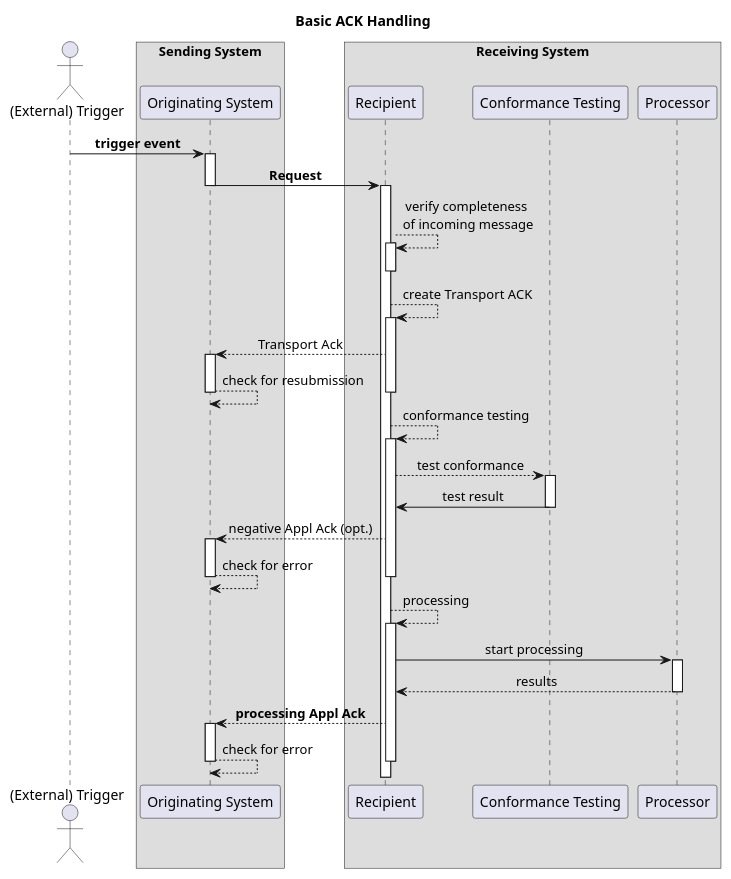
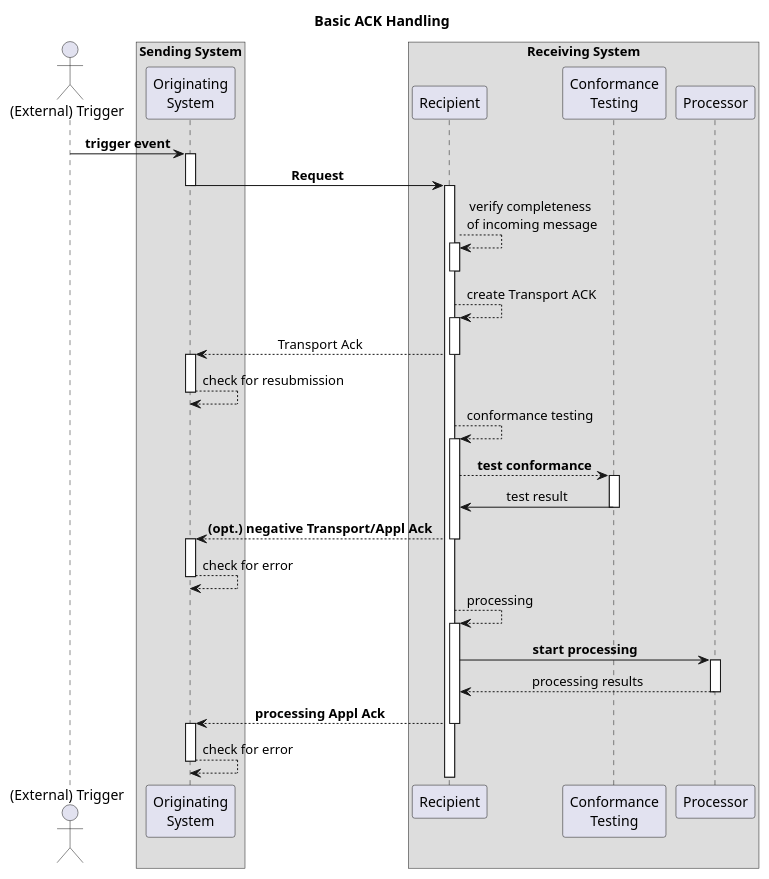
Before and after one commit to frankoemig/ack-ig: the diagram in input/images-source/Basic-ACK.plantuml, drawn with PlantUML. The commit also changed 6 other files, not shown here.

```diff
--- a/input/images-source/Basic-ACK.plantuml
+++ b/input/images-source/Basic-ACK.plantuml
@@ -1,59 +1,59 @@
 @startuml
 
 skinparam sequenceMessageAlign center
 title Basic ACK Handling
 
 actor "(External) Trigger" as Trigger
 
 box "Sending System"
-participant "Originating System" as Sender
+participant "Originating\nSystem" as Sender
 end box
 
 box "Receiving System"
 participant "Recipient" as Receiver
-participant "Conformance Testing" as Conformer
+participant "Conformance\nTesting" as Conformer
 participant "Processor" as Processor
 end box
 
 Trigger -> Sender : <b>trigger event
 activate Sender
 
 Sender -> Receiver: <b>Request
 deactivate Sender
 activate Receiver
 Receiver --> Receiver: verify completeness \nof incoming message
 activate Receiver
 deactivate Receiver
 Receiver --> Receiver: create Transport ACK
 activate Receiver
 Receiver --> Sender: Transport Ack
+deactivate Receiver
 activate Sender
 Sender --> Sender: check for resubmission
 deactivate Sender
-deactivate Receiver
 
 Receiver --> Receiver: conformance testing
 activate Receiver
-Receiver --> Conformer: test conformance
+Receiver --> Conformer: <b>test conformance
 activate Conformer
 Conformer -> Receiver: test result
 deactivate Conformer
-Receiver --> Sender: negative Appl Ack (opt.)
+Receiver --> Sender: <b>(opt.) negative Transport/Appl Ack
+deactivate Receiver
 activate Sender
 Sender --> Sender: check for error
 deactivate Sender
-deactivate Receiver
 
 Receiver --> Receiver: processing
 activate Receiver
-Receiver -> Processor: start processing
+Receiver -> Processor: <b>start processing
 activate Processor
-Processor --> Receiver: results
+Processor --> Receiver: processing results
 deactivate Processor
 Receiver --> Sender: <b>processing Appl Ack
+deactivate Receiver
 activate Sender
 Sender --> Sender: check for error
 deactivate Sender
-deactivate Receiver
 
 @enduml
```
